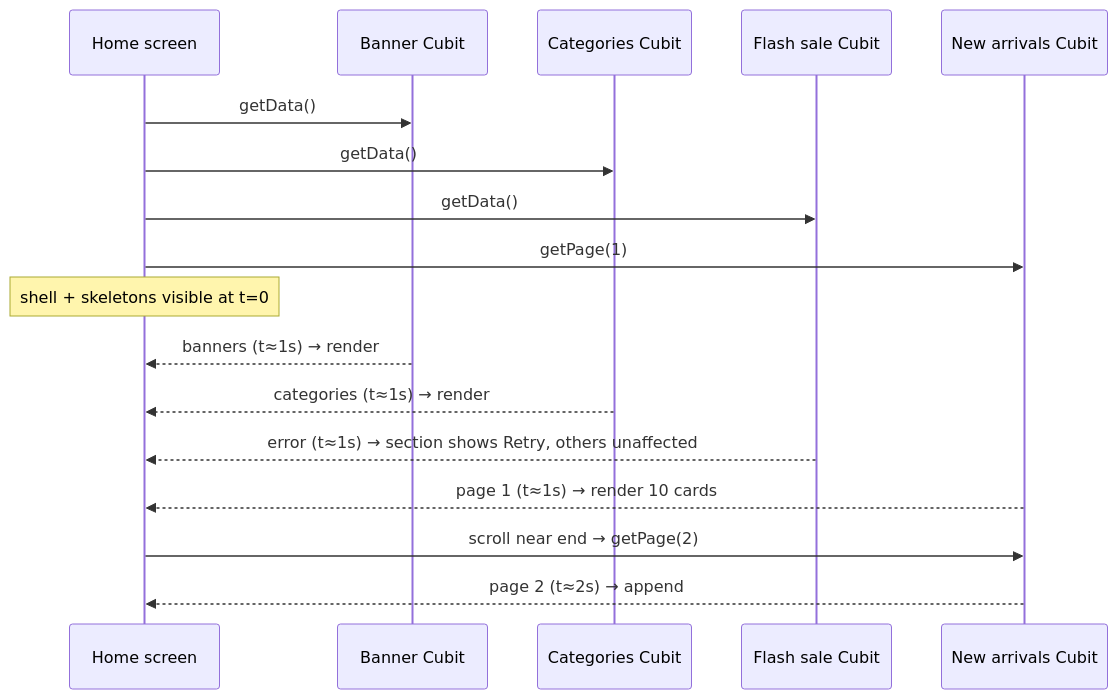
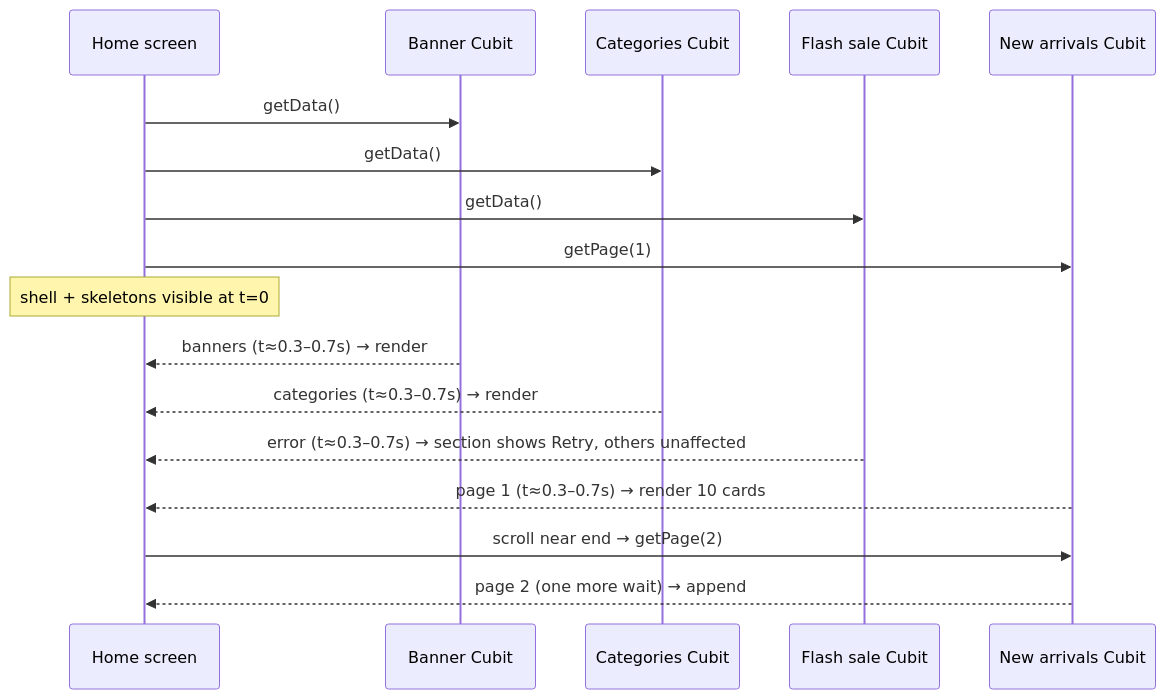
The first of 2 diagrams in docs/full-shop-flow-plan.md (DAMHONGDUC/tuku-shop), drawn with Mermaid before and after one commit. The commit also changed other lines of this file and 2 other files, not shown here.

````diff
--- a/docs/full-shop-flow-plan.md
+++ b/docs/full-shop-flow-plan.md
@@ -36,19 +36,19 @@
 ```mermaid
 sequenceDiagram
     participant UI as Home screen
     participant B as Banner Cubit
     participant C as Categories Cubit
     participant F as Flash sale Cubit
     participant N as New arrivals Cubit
     UI->>B: getData()
     UI->>C: getData()
     UI->>F: getData()
     UI->>N: getPage(1)
     Note over UI: shell + skeletons visible at t=0
-    B-->>UI: banners (t≈1s) → render
-    C-->>UI: categories (t≈1s) → render
-    F-->>UI: error (t≈1s) → section shows Retry, others unaffected
-    N-->>UI: page 1 (t≈1s) → render 10 cards
+    B-->>UI: banners (t≈0.3–0.7s) → render
+    C-->>UI: categories (t≈0.3–0.7s) → render
+    F-->>UI: error (t≈0.3–0.7s) → section shows Retry, others unaffected
+    N-->>UI: page 1 (t≈0.3–0.7s) → render 10 cards
     UI->>N: scroll near end → getPage(2)
-    N-->>UI: page 2 (t≈2s) → append
+    N-->>UI: page 2 (one more wait) → append
 ```
````
